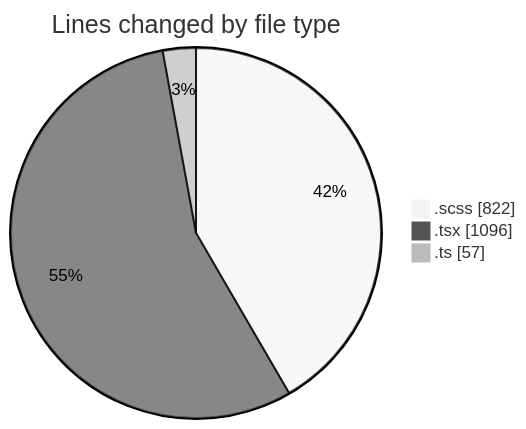
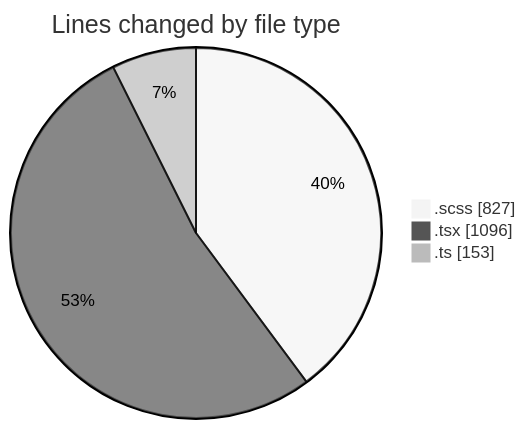
One commit to momahboobian/code-tracking changed the first of 2 diagrams in 2025-03-28/cda/README.md. Above: the diagram before and after it, drawn with Mermaid (neutral theme). The commit also changed other lines of this file and 1 other file, not shown here.

````diff
--- a/2025-03-28/cda/README.md
+++ b/2025-03-28/cda/README.md
@@ -25,7 +26,7 @@
 ```mermaid
 pie showData
 title Lines changed by file type
-".scss" : 822
+".scss" : 827
 ".tsx" : 1096
-".ts" : 57
+".ts" : 153
 ```
````
